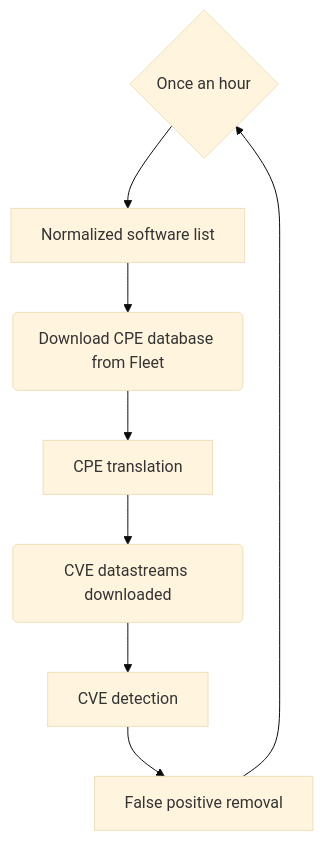
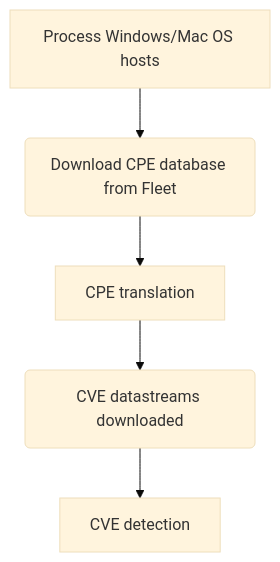
One commit to fleetdm/fleet changed the third of 4 diagrams in docs/Using-Fleet/Vulnerability-Processing.md. Above: the diagram before and after it, drawn with Mermaid (base theme). The commit also changed other lines of this file, not shown here.

Commit message:
Feature 5676: Update vulnerability detection docs to include OVAL vulnerability detection.

````diff
--- a/docs/Using-Fleet/Vulnerability-Processing.md
+++ b/docs/Using-Fleet/Vulnerability-Processing.md
@@ -145,10 +202,7 @@
   ```mermaid
   graph TD;
-      interval{Once an hour}-->normalize[Normalized software list]
-      normalize-->downloadCPE(Download CPE database from Fleet)
-      downloadCPE-->cpeTranslate[CPE translation]
-      cpeTranslate-->cveDownload(CVE datastreams downloaded)
-      cveDownload-->cveMap[CVE detection]
-      cveMap-->falsePositive[False positive removal]
-      falsePositive-->interval
+    process[Process Windows/Mac OS hosts] -->downloadCPE(Download CPE database from Fleet)
+    downloadCPE-->cpeTranslate[CPE translation]
+    cpeTranslate-->cveDownload(CVE datastreams downloaded)
+    cveDownload-->cveMap[CVE detection]
   ```
````
